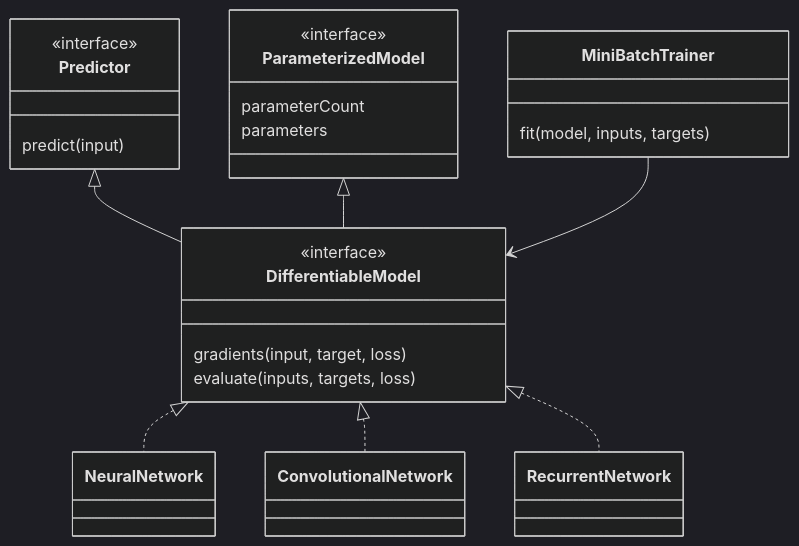
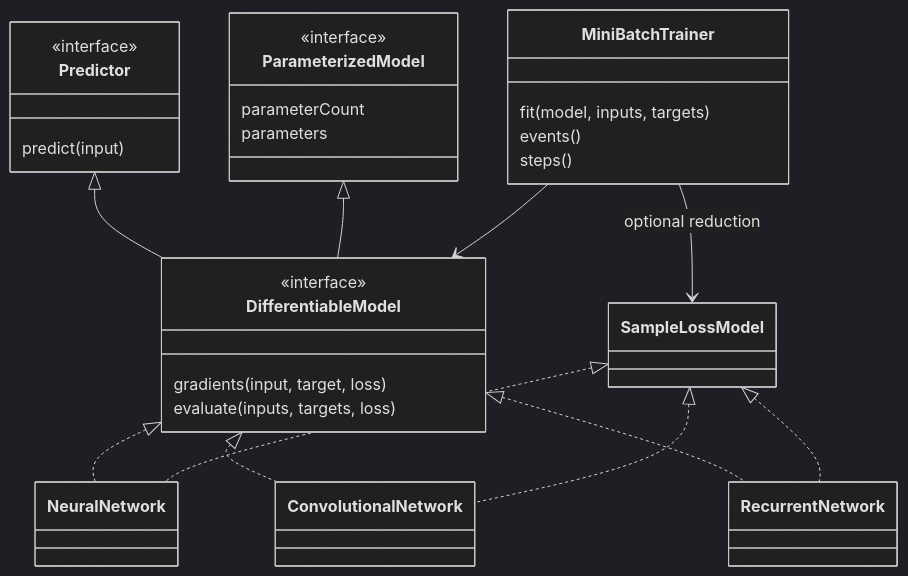
The first of 7 diagrams in doc/architecture/class_diagrams.md (kleberandrade/neural-engine), drawn with Mermaid (dark theme) before and after one commit. The commit also changed other lines of this file and 24 other files, not shown here.

````diff
--- a/doc/architecture/class_diagrams.md
+++ b/doc/architecture/class_diagrams.md
@@ -8,27 +8,33 @@
 ```mermaid
 classDiagram
   direction TB
   class Predictor {
     <<interface>>
     predict(input)
   }
   class ParameterizedModel {
     <<interface>>
     parameterCount
     parameters
   }
   class DifferentiableModel {
     <<interface>>
     gradients(input, target, loss)
     evaluate(inputs, targets, loss)
   }
   class MiniBatchTrainer {
     fit(model, inputs, targets)
+    events()
+    steps()
   }
   Predictor <|-- DifferentiableModel
   ParameterizedModel <|-- DifferentiableModel
   DifferentiableModel <|.. NeuralNetwork
   DifferentiableModel <|.. ConvolutionalNetwork
   DifferentiableModel <|.. RecurrentNetwork
   MiniBatchTrainer --> DifferentiableModel
+  MiniBatchTrainer --> SampleLossModel : optional reduction
+  SampleLossModel <|.. NeuralNetwork
+  SampleLossModel <|.. ConvolutionalNetwork
+  SampleLossModel <|.. RecurrentNetwork
 ```
````
